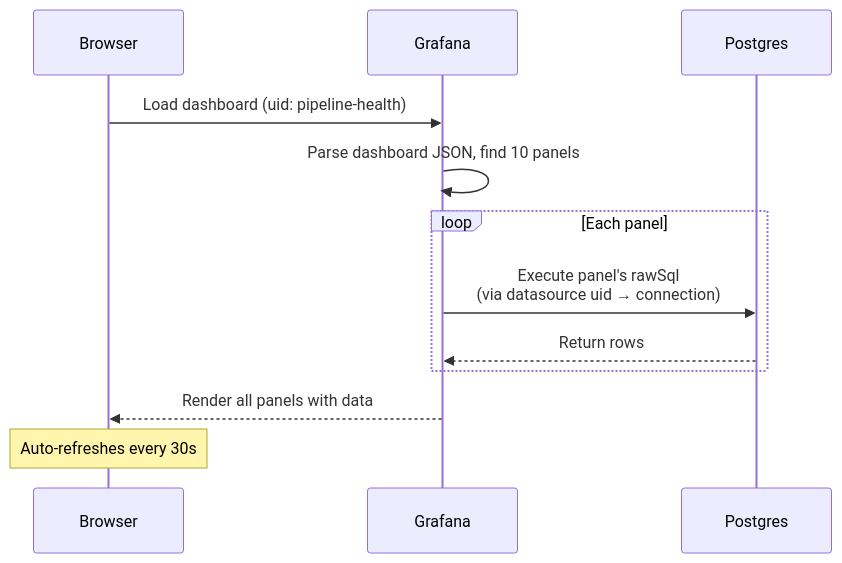
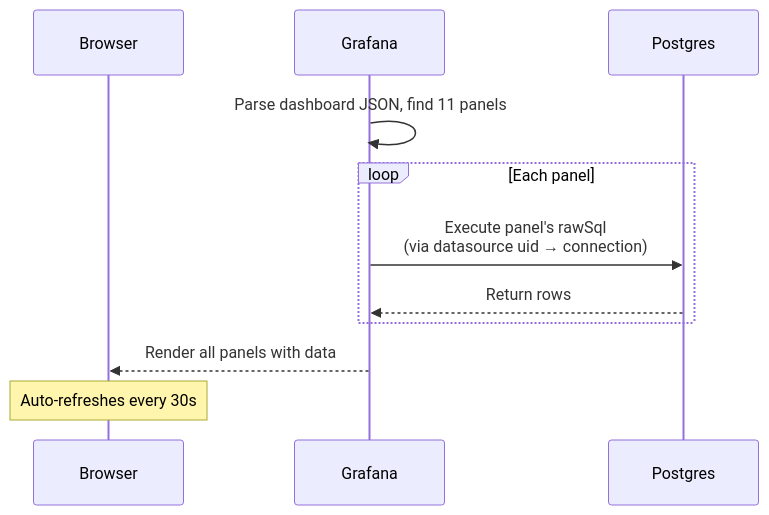
The fifth of 12 diagrams in docs/knowledge/grafana.md (SagarMarthandan/chicago-data-pipeline), drawn with Mermaid before and after one commit. The commit also changed other lines of this file and 8 other files, not shown here.

````diff
--- a/docs/knowledge/grafana.md
+++ b/docs/knowledge/grafana.md
@@ -152,15 +153,14 @@
 ```mermaid
 sequenceDiagram
     participant Browser
     participant Grafana
     participant Postgres
 
-    Browser->>Grafana: Load dashboard (uid: pipeline-health)
-    Grafana->>Grafana: Parse dashboard JSON, find 10 panels
+    Grafana->>Grafana: Parse dashboard JSON, find 11 panels
     loop Each panel
         Grafana->>Postgres: Execute panel's rawSql<br/>(via datasource uid → connection)
         Postgres-->>Grafana: Return rows
     end
     Grafana-->>Browser: Render all panels with data
     Note over Browser: Auto-refreshes every 30s
 ```
````
